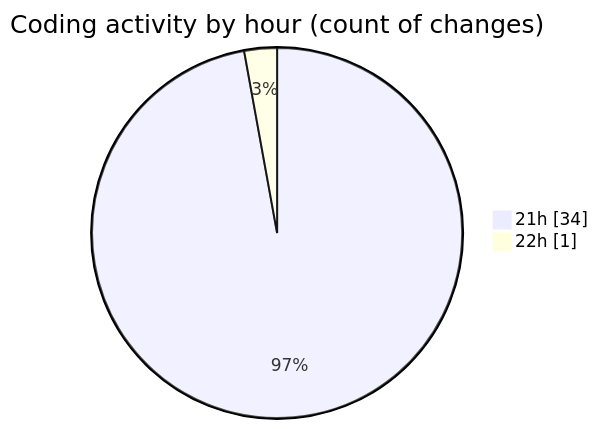
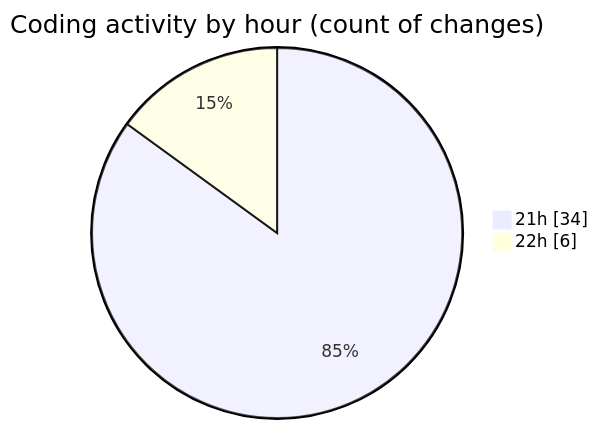
Before and after one commit to Ritupan-Deka/code-tracking: the second of 2 diagrams in 2025-10-31/backend/README.md, drawn with Mermaid. The commit also changed other lines of this file and 1 other file, not shown here.

````diff
--- a/2025-10-31/backend/README.md
+++ b/2025-10-31/backend/README.md
@@ -39,6 +41,6 @@
 ```mermaid
 pie showData
 title Coding activity by hour (count of changes)
 "21h" : 34
-"22h" : 1
+"22h" : 6
 ```
````
